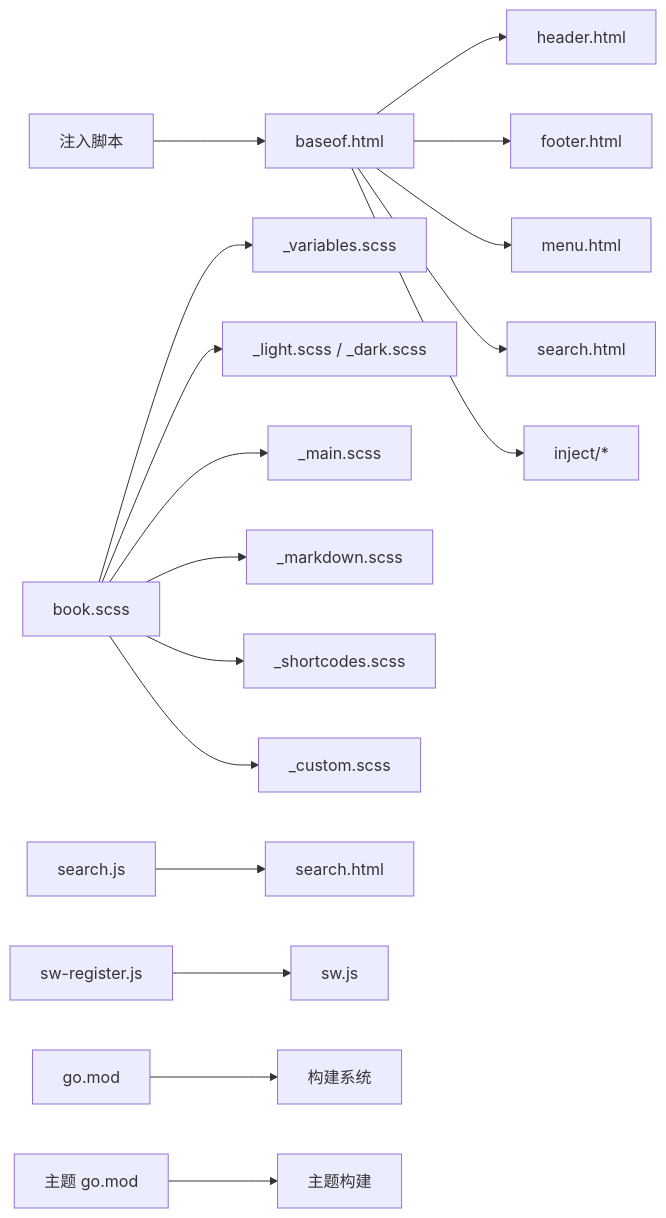
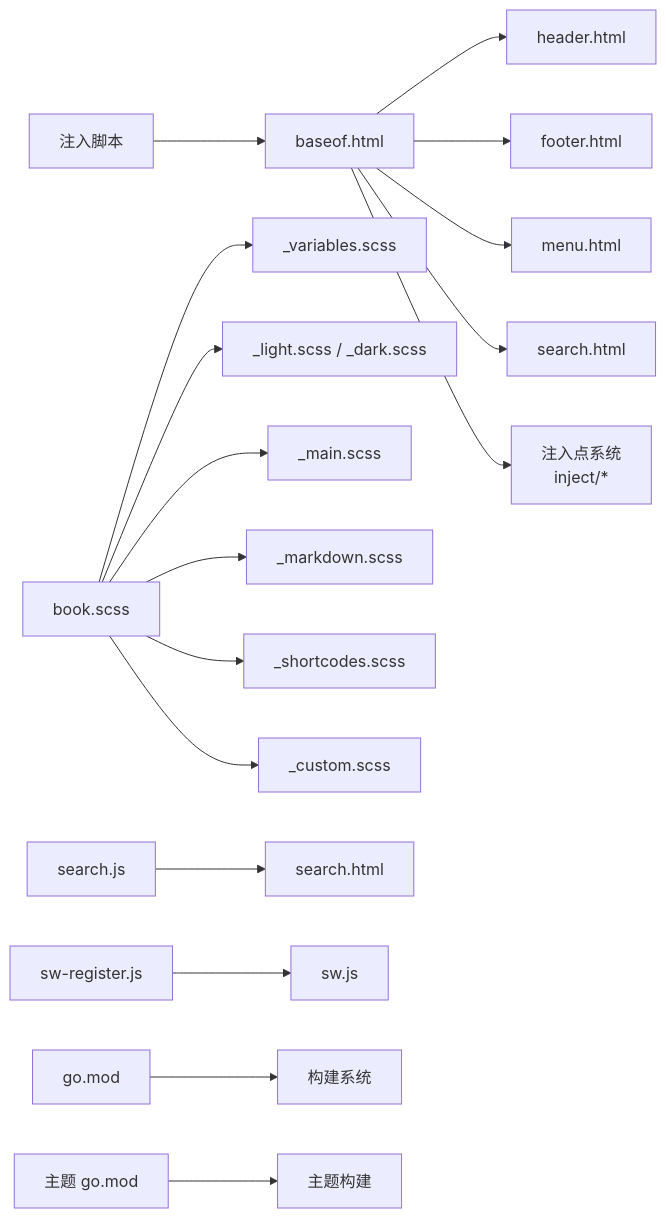
Before and after one commit to nianjiang/nianjiang.github.io: the tenth of 10 diagrams in .qoder/repowiki/zh/content/主题定制/主题定制.md, drawn with Mermaid. The commit also changed other lines of this file and 176 other files, not shown here.

````diff
--- a/.qoder/repowiki/zh/content/主题定制/主题定制.md
+++ b/.qoder/repowiki/zh/content/主题定制/主题定制.md
@@ -517,19 +522,19 @@
 ```mermaid
 graph LR
 Base["baseof.html"] --> Header["header.html"]
 Base --> Footer["footer.html"]
 Base --> Menu["menu.html"]
 Base --> Search["search.html"]
-Base --> Inject["inject/*"]
+Base --> Inject["注入点系统<br/>inject/*"]
 Book["book.scss"] --> Vars["_variables.scss"]
 Book --> Themes["_light.scss / _dark.scss"]
 Book --> Main["_main.scss"]
 Book --> MD["_markdown.scss"]
 Book --> SC["_shortcodes.scss"]
 Book --> Custom["_custom.scss"]
 SearchJS["search.js"] --> SearchUI["search.html"]
 SWReg["sw-register.js"] --> SW["sw.js"]
 InjectJS["注入脚本"] --> Base
 GoMod["go.mod"] --> Build["构建系统"]
 ThemeGoMod["主题 go.mod"] --> ThemeBuild["主题构建"]
 ```
````
